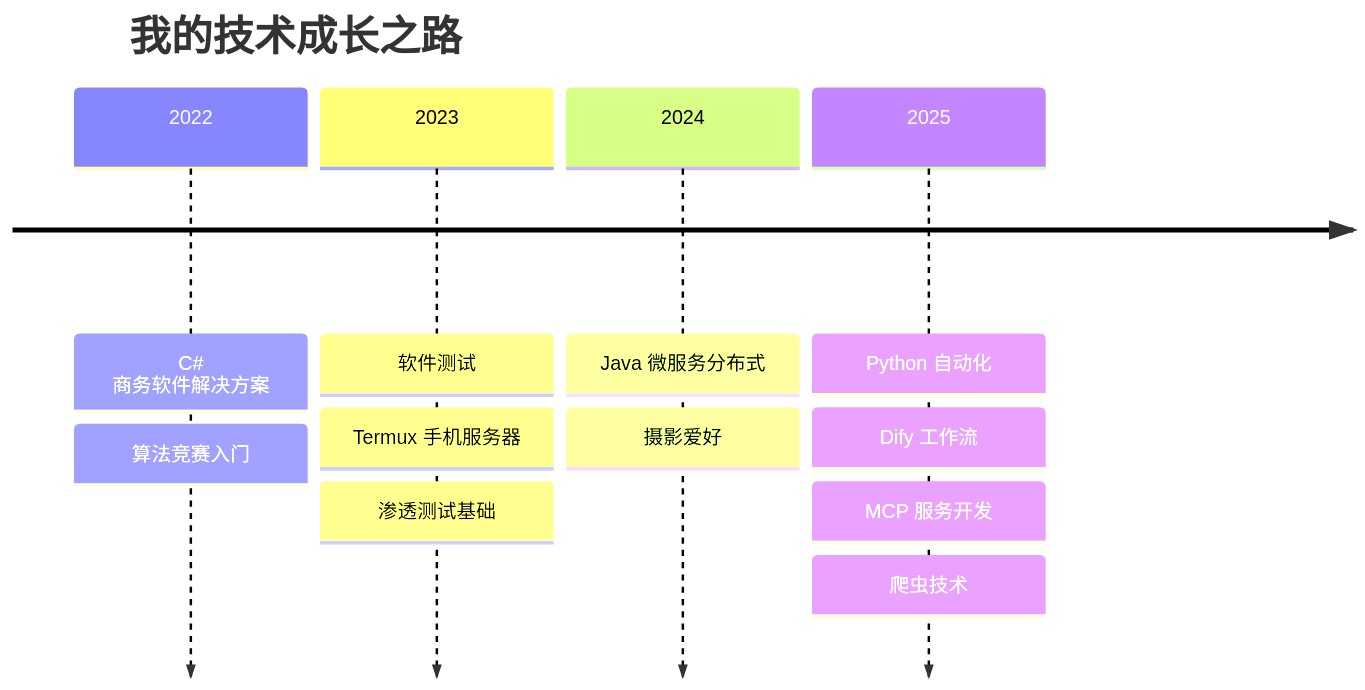
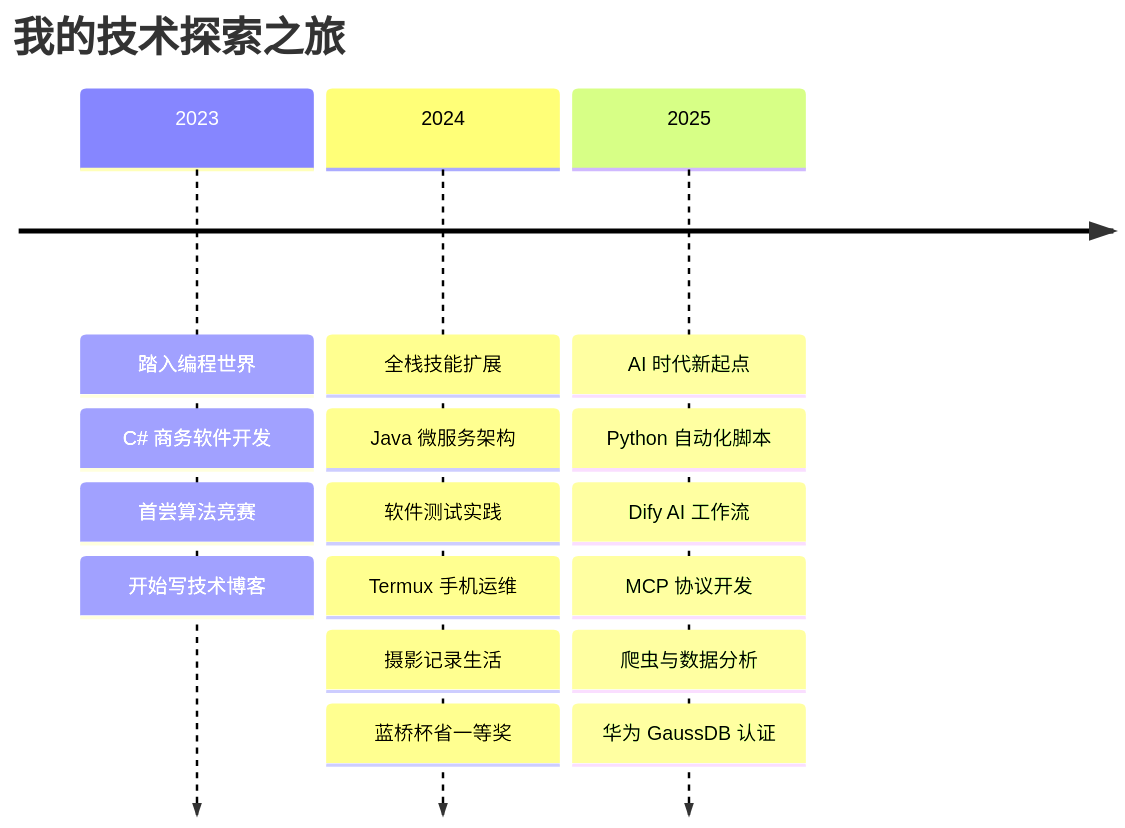
One commit to lggyx/lggyx changed the diagram in README.md. Above: the diagram before and after it, drawn with Mermaid. The commit also changed other lines of this file, not shown here.

Commit message:
优化主页：更新动画页头、时间线、项目卡片移除repo图片、修复徽章格式

````diff
--- a/README.md
+++ b/README.md
@@ -63,15 +68,20 @@
 ```mermaid
 timeline
-    title 我的技术成长之路
-    2022 : C# 商务软件解决方案
-         : 算法竞赛入门
-    2023 : 软件测试
-         : Termux 手机服务器
-         : 渗透测试基础
-    2024 : Java 微服务分布式
-         : 摄影爱好
-    2025 : Python 自动化
-         : Dify 工作流
-         : MCP 服务开发
-         : 爬虫技术
+    title 我的技术探索之旅
+    2023 : 踏入编程世界
+         : C# 商务软件开发
+         : 首尝算法竞赛
+         : 开始写技术博客
+    2024 : 全栈技能扩展
+         : Java 微服务架构
+         : 软件测试实践
+         : Termux 手机运维
+         : 摄影记录生活
+         : 蓝桥杯省一等奖
+    2025 : AI 时代新起点
+         : Python 自动化脚本
+         : Dify AI 工作流
+         : MCP 协议开发
+         : 爬虫与数据分析
+         : 华为 GaussDB 认证
 ```
````
